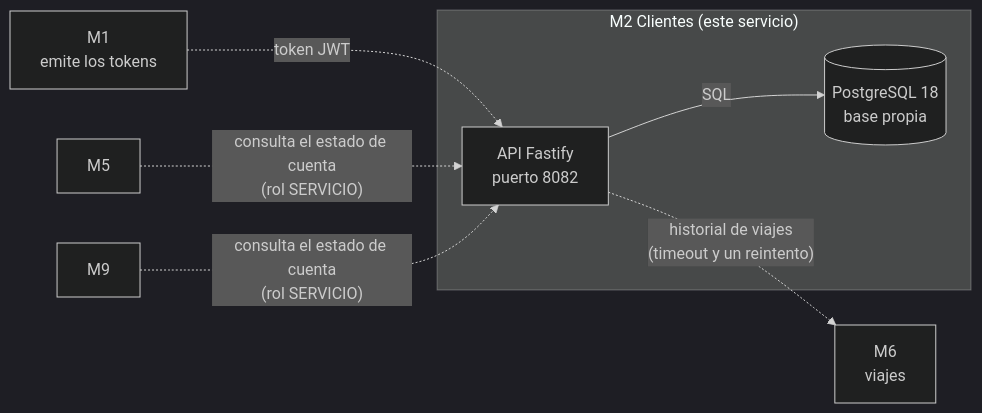
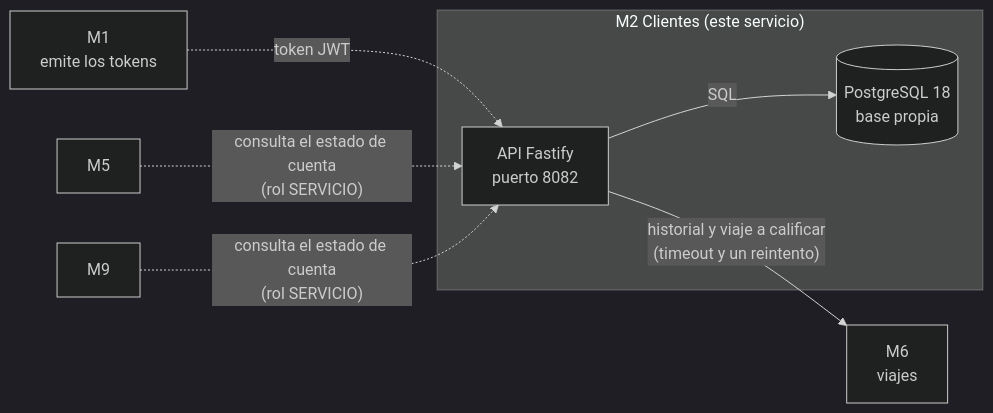
The diagram in README.md (FRRe-DS/2026-17-TPI), drawn with Mermaid (dark theme) before and after one commit. The commit also changed other lines of this file and 4 other files, not shown here.

````diff
--- a/README.md
+++ b/README.md
@@ -19,18 +30,18 @@
 ```mermaid
 flowchart LR
     M1["M1<br/>emite los tokens"]
     M5["M5"]
     M9["M9"]
     M6["M6<br/>viajes"]
 
     subgraph M2["M2 Clientes (este servicio)"]
         API["API Fastify<br/>puerto 8082"]
         BD[("PostgreSQL 18<br/>base propia")]
         API -->|"SQL"| BD
     end
 
     M1 -.->|"token JWT"| API
     M5 -.->|"consulta el estado de cuenta<br/>(rol SERVICIO)"| API
     M9 -.->|"consulta el estado de cuenta<br/>(rol SERVICIO)"| API
-    API -.->|"historial de viajes<br/>(timeout y un reintento)"| M6
+    API -->|"historial y viaje a calificar<br/>(timeout y un reintento)"| M6
 ```
````
